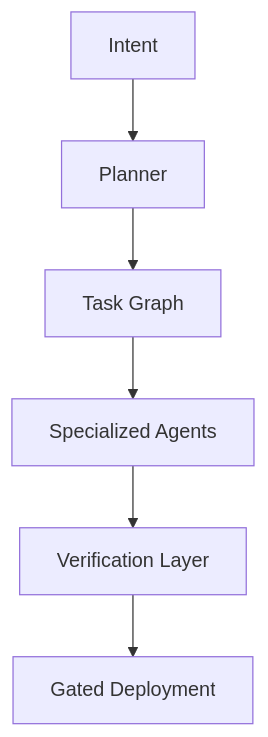
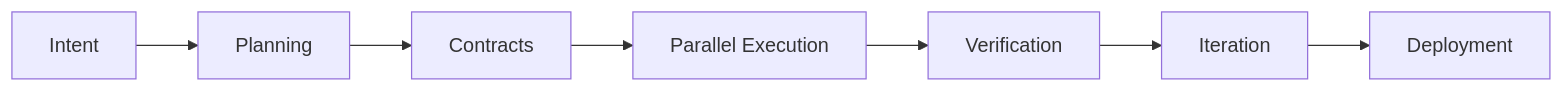
One commit to seanwhs/Plans changed the fifth of 8 diagrams in AI-Fueling-Solopreneurship.md. Above: the diagram before and after it, drawn with Mermaid. The commit also changed other lines of this file, not shown here.

````diff
--- a/AI-Fueling-Solopreneurship.md
+++ b/AI-Fueling-Solopreneurship.md
@@ -205,8 +266,10 @@
 ```mermaid
-flowchart TD
-    A[Intent] --> B[Planner]
-    B --> C[Task Graph]
-    C --> D[Specialized Agents]
-    D --> E[Verification Layer]
-    E --> F[Gated Deployment]
+flowchart LR
+    A[Intent]
+    --> B[Planning]
+    --> C[Contracts]
+    --> D[Parallel Execution]
+    --> E[Verification]
+    --> F[Iteration]
+    --> G[Deployment]
 ```
````
